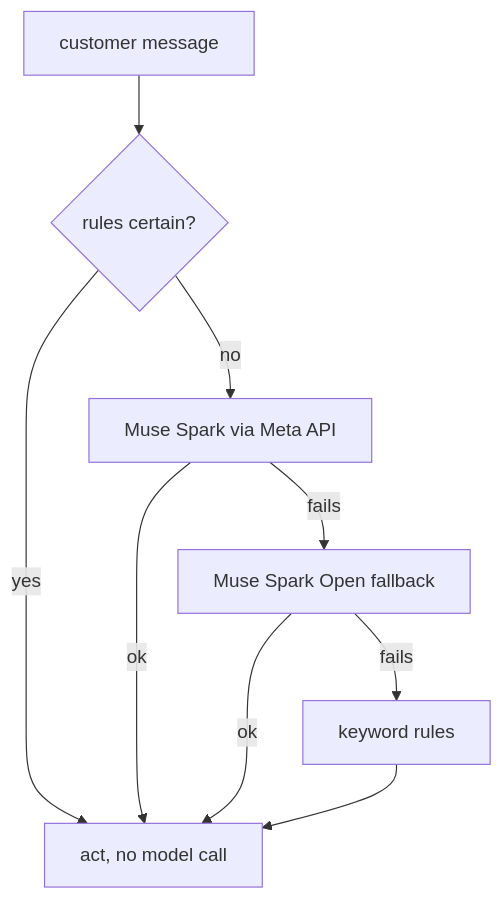
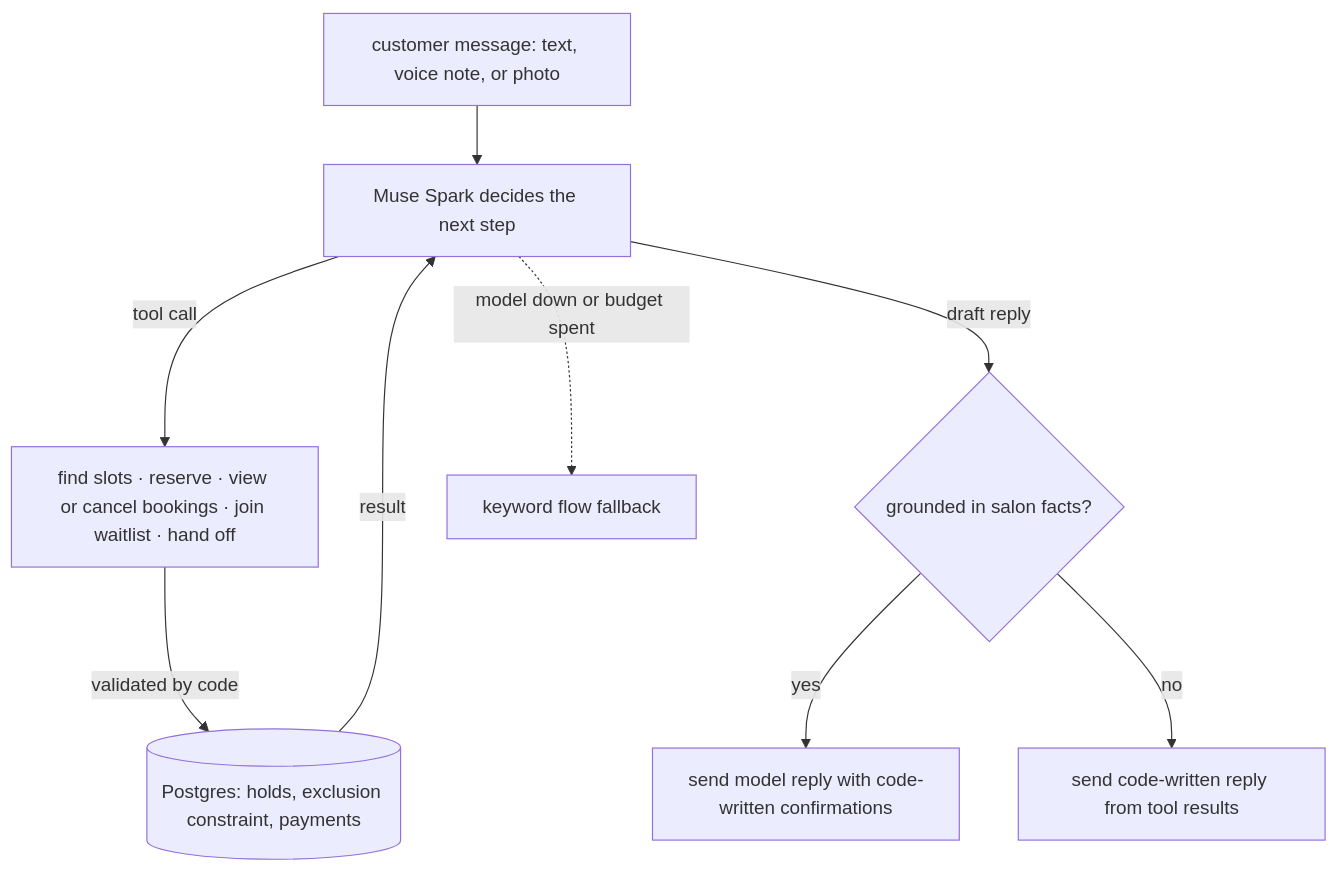
The diagram in README.md (Greatman62k/remboai), drawn with Mermaid before and after one commit. The commit also changed other lines of this file and 72 other files, not shown here.

````diff
--- a/README.md
+++ b/README.md
@@ -65,11 +107,11 @@
 ```mermaid
 flowchart TD
-    MSG["customer message"] --> RULES{"rules certain?"}
-    RULES -->|yes| ACT["act, no model call"]
-    RULES -->|no| MOD["Muse Spark via Meta API"]
-    MOD -->|ok| ACT
-    MOD -->|fails| FALL["Muse Spark Open fallback"]
-    FALL -->|ok| ACT
-    FALL -->|fails| KEY["keyword rules"]
-    KEY --> ACT
+    MSG["customer message: text, voice note, or photo"] --> MOD["Muse Spark decides the next step"]
+    MOD -->|tool call| TOOLS["find slots · reserve · view or cancel bookings · join waitlist · hand off"]
+    TOOLS -->|validated by code| DB[("Postgres: holds, exclusion constraint, payments")]
+    DB -->|result| MOD
+    MOD -->|draft reply| CHECK{"grounded in salon facts?"}
+    CHECK -->|yes| SEND["send model reply with code-written confirmations"]
+    CHECK -->|no| TEMPL["send code-written reply from tool results"]
+    MOD -.->|model down or budget spent| KEY["keyword flow fallback"]
 ```
````
